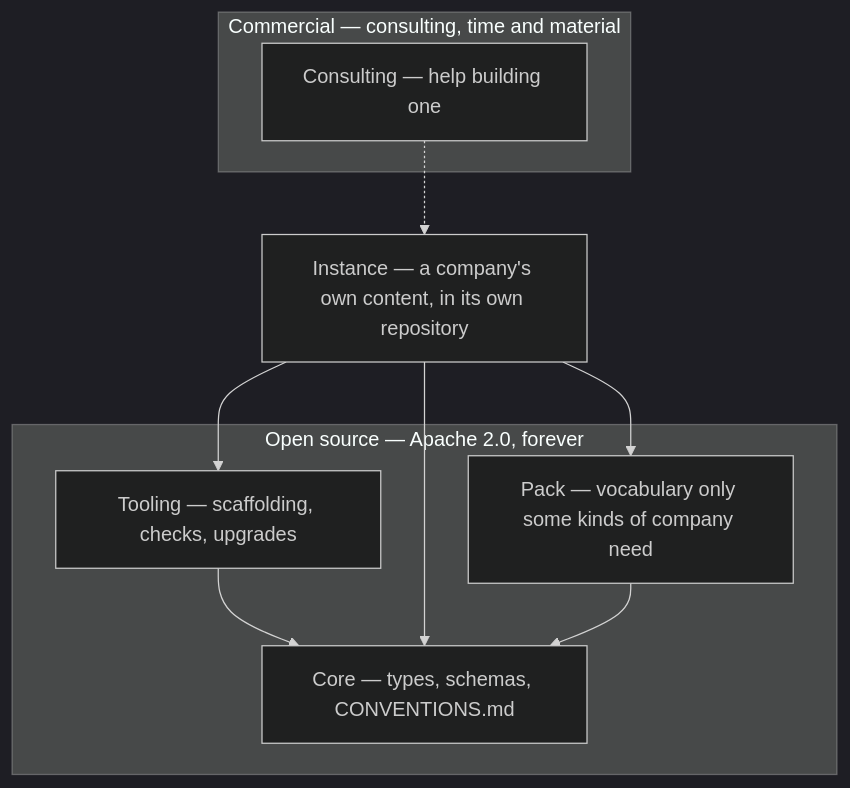
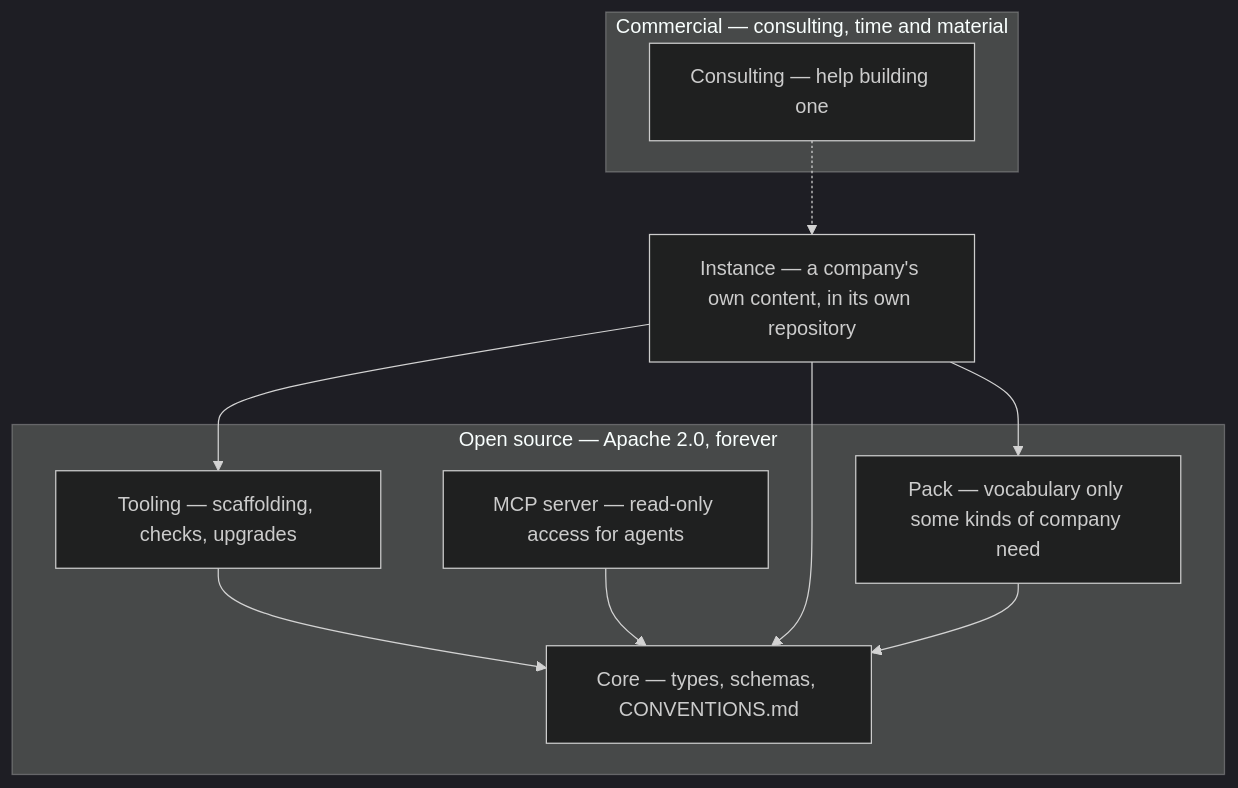
One commit to companygraph/meta-model changed the diagram in README.md. Above: the diagram before and after it, drawn with Mermaid (dark theme). The commit also changed other lines of this file, not shown here.

First line of the commit message:
The README places the server, and names a core type that can sit unused

````diff
--- a/README.md
+++ b/README.md
@@ -57,17 +57,19 @@
 ```mermaid
 flowchart TB
     subgraph commercial["Commercial — consulting, time and material"]
         CONS["Consulting — help building one"]
     end
     subgraph oss["Open source — Apache 2.0, forever"]
         TOOL["Tooling — scaffolding, checks, upgrades"]
+        SERVER["MCP server — read-only access for agents"]
         PACK["Pack — vocabulary only some kinds of company need"]
         CORE["Core — types, schemas, CONVENTIONS.md"]
     end
     INST["Instance — a company's own content, in its own repository"]
 
     CONS -.-> INST
     TOOL --> CORE
+    SERVER --> CORE
     INST --> TOOL & PACK & CORE
     PACK --> CORE
 ```
````
